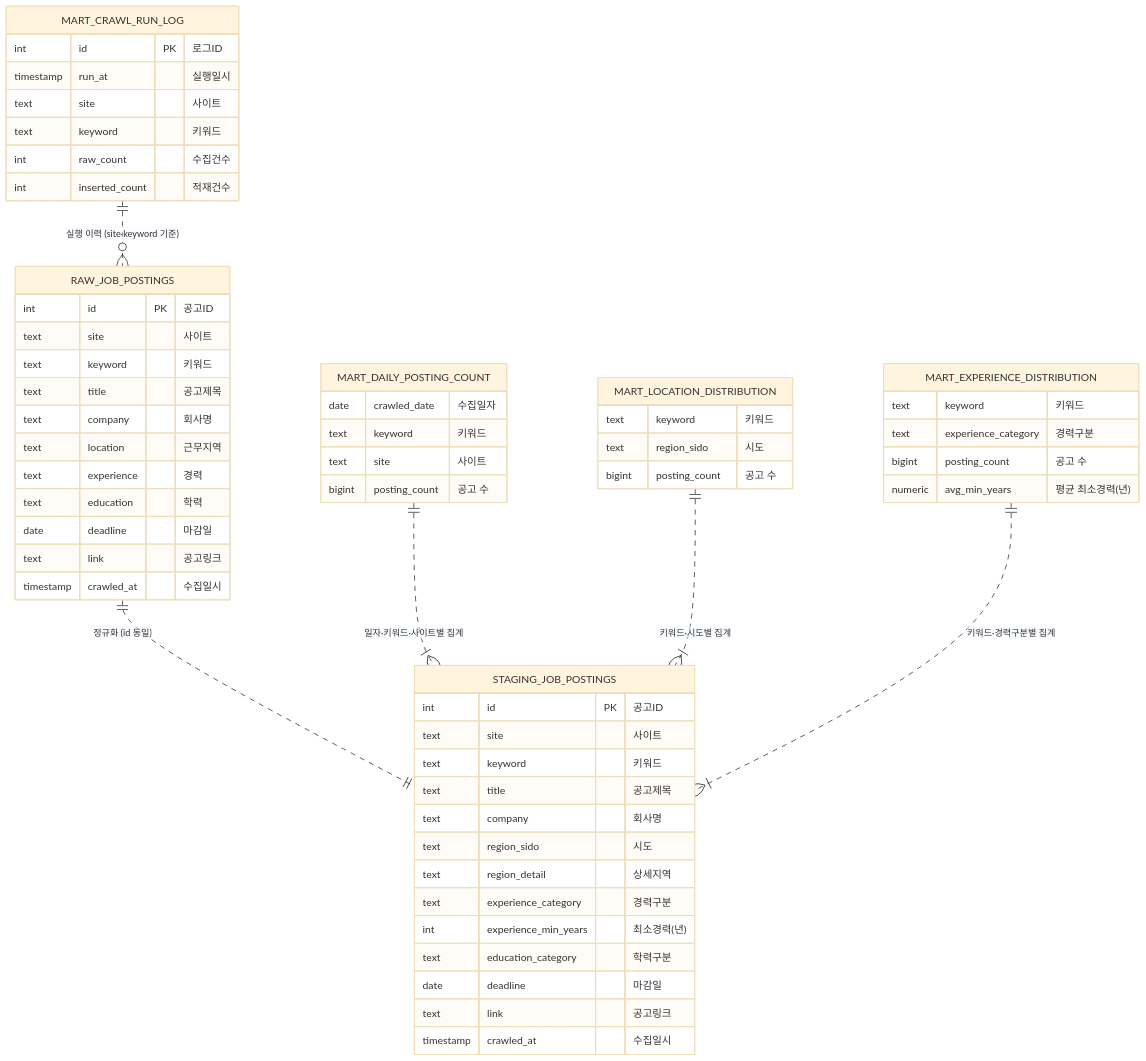
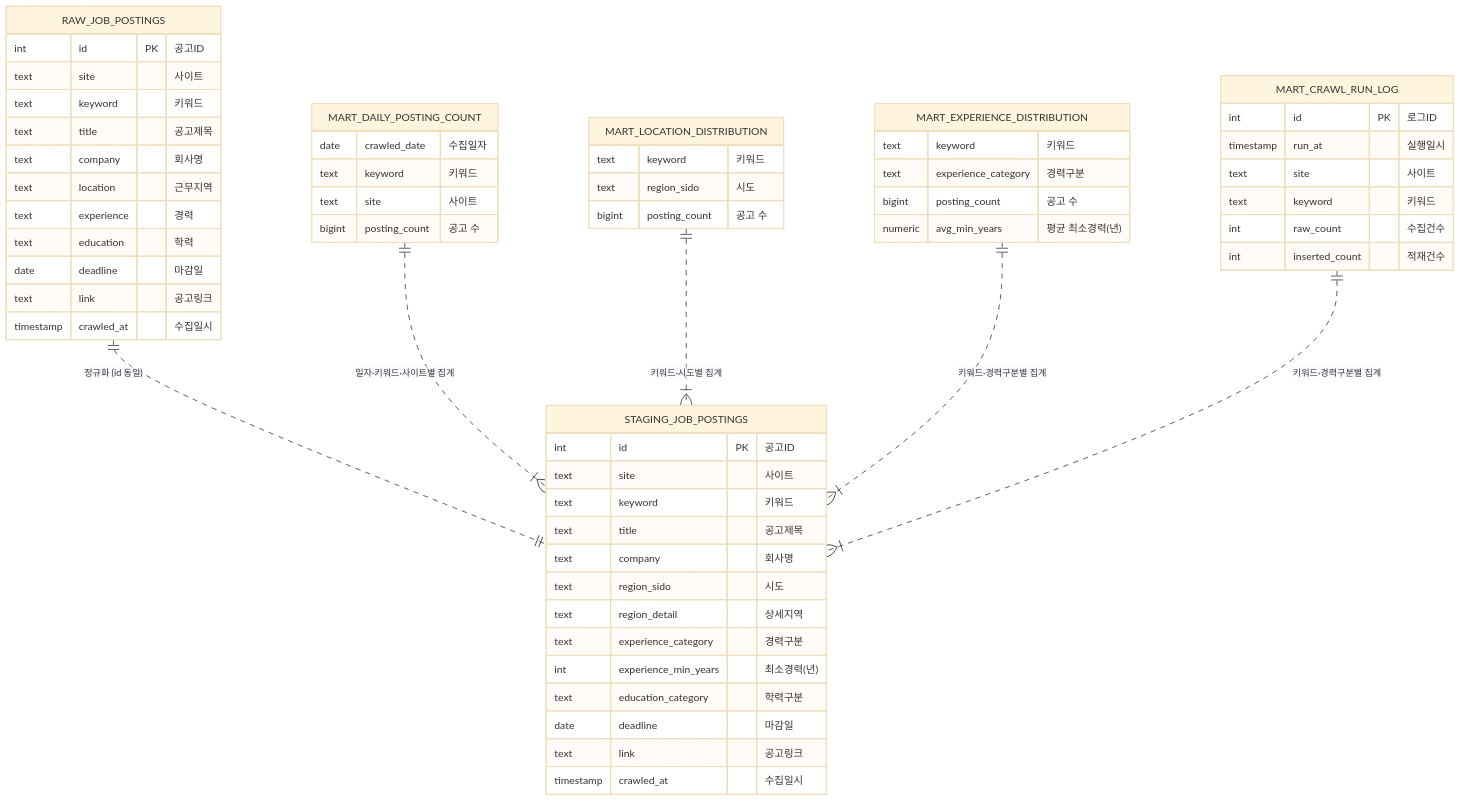
Before and after one commit to ma1go2/crawler-project: the diagram in Readme.md, drawn with Mermaid (base theme).

Commit message:
Update MART_CRAWL_RUN_LOG relationship in Readme

````diff
--- a/Readme.md
+++ b/Readme.md
@@ -61,67 +61,67 @@
 ```mermaid
 erDiagram
     RAW_JOB_POSTINGS {
         int id PK "공고ID"
         text site "사이트"
         text keyword "키워드"
         text title "공고제목"
         text company "회사명"
         text location "근무지역"
         text experience "경력"
         text education "학력"
         date deadline "마감일"
         text link "공고링크"
         timestamp crawled_at "수집일시"
     }
 
     STAGING_JOB_POSTINGS {
         int id PK "공고ID"
         text site "사이트"
         text keyword "키워드"
         text title "공고제목"
         text company "회사명"
         text region_sido "시도"
         text region_detail "상세지역"
         text experience_category "경력구분"
         int experience_min_years "최소경력(년)"
         text education_category "학력구분"
         date deadline "마감일"
         text link "공고링크"
         timestamp crawled_at "수집일시"
     }
 
     MART_DAILY_POSTING_COUNT {
         date crawled_date "수집일자"
         text keyword "키워드"
         text site "사이트"
         bigint posting_count "공고 수"
     }
 
     MART_LOCATION_DISTRIBUTION {
         text keyword "키워드"
         text region_sido "시도"
         bigint posting_count "공고 수"
     }
 
     MART_EXPERIENCE_DISTRIBUTION {
         text keyword "키워드"
         text experience_category "경력구분"
         bigint posting_count "공고 수"
         numeric avg_min_years "평균 최소경력(년)"
     }
 
     MART_CRAWL_RUN_LOG {
         int id PK "로그ID"
         timestamp run_at "실행일시"
         text site "사이트"
         text keyword "키워드"
         int raw_count "수집건수"
         int inserted_count "적재건수"
     }
 
     RAW_JOB_POSTINGS ||..|| STAGING_JOB_POSTINGS : "정규화 (id 동일)"
     MART_DAILY_POSTING_COUNT ||..|{ STAGING_JOB_POSTINGS : "일자·키워드·사이트별 집계"
     MART_LOCATION_DISTRIBUTION ||..|{ STAGING_JOB_POSTINGS : "키워드·시도별 집계"
     MART_EXPERIENCE_DISTRIBUTION ||..|{ STAGING_JOB_POSTINGS : "키워드·경력구분별 집계"
-    MART_CRAWL_RUN_LOG ||..o{ RAW_JOB_POSTINGS : "실행 이력 (site·keyword 기준)"
+    MART_CRAWL_RUN_LOG ||..|{ STAGING_JOB_POSTINGS : "키워드·경력구분별 집계"
 ```
````
